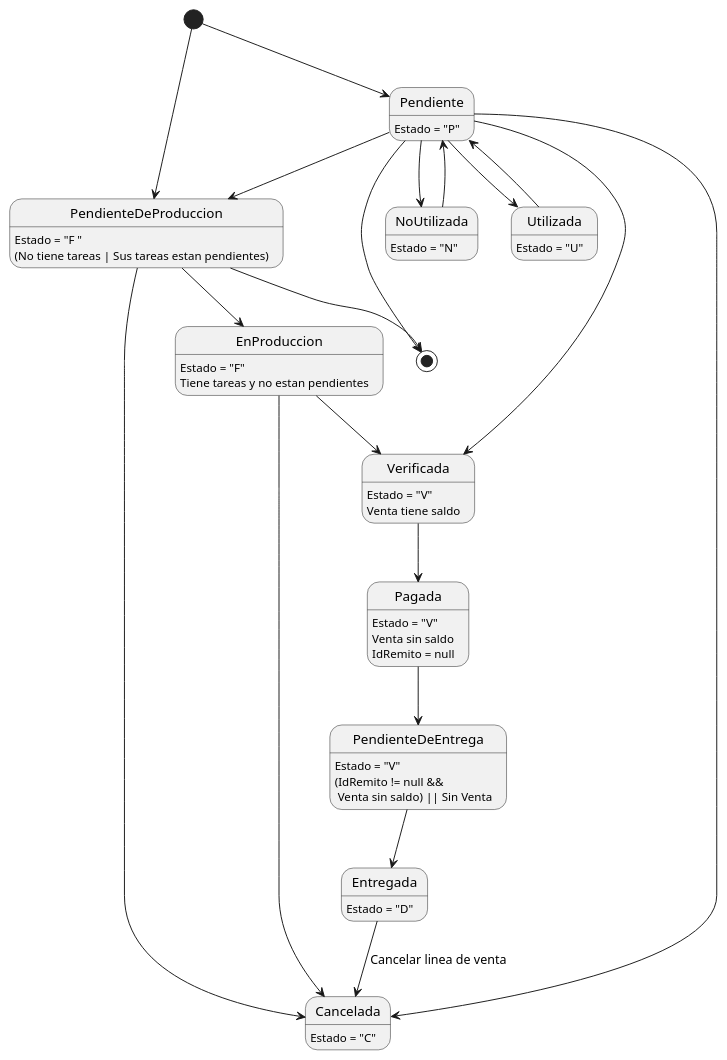
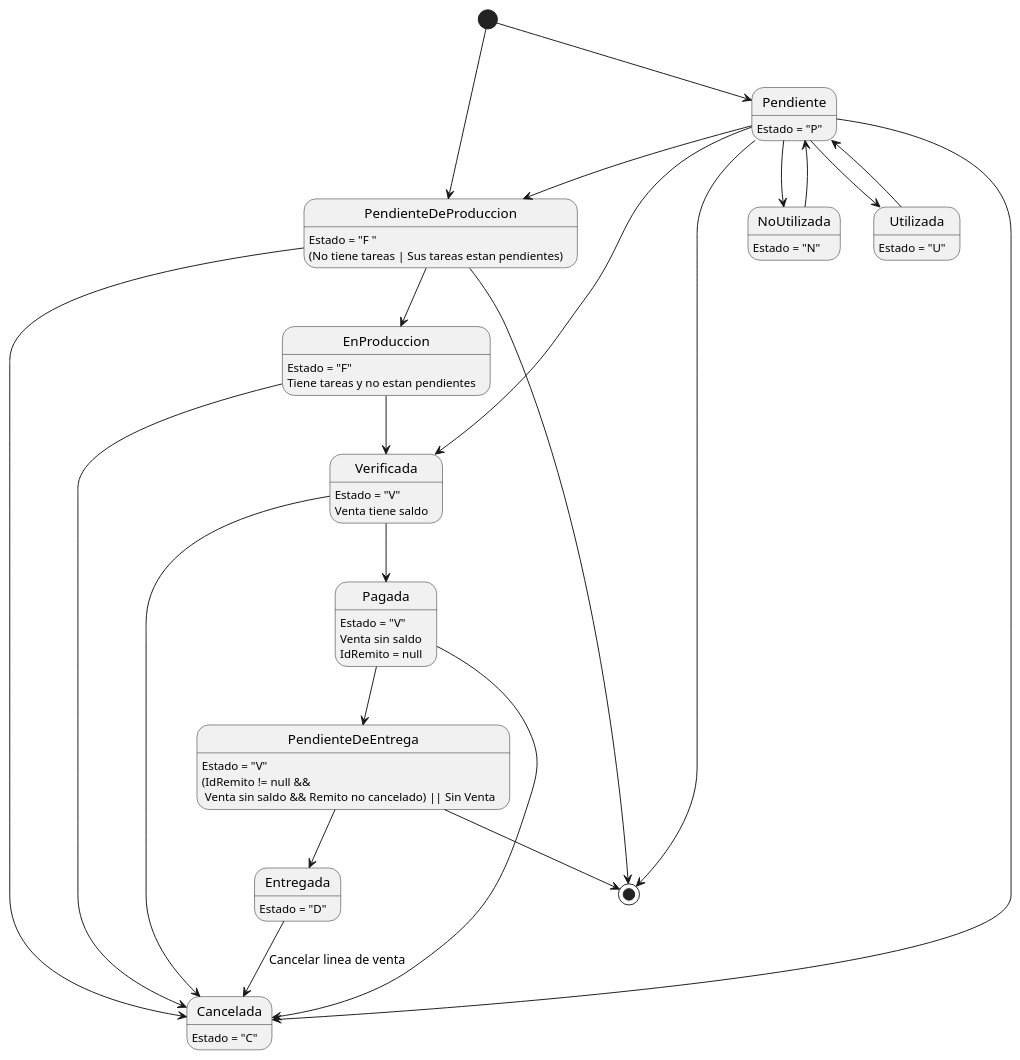
The third of 7 diagrams in DiagramasEstado/DiagramaDeEstado.puml (ZMGestion/DocumentacionZMGestion), drawn with PlantUML before and after one commit. The commit also changed other lines of this file and 48 other files, not shown here.

```diff
--- a/DiagramasEstado/DiagramaDeEstado.puml
+++ b/DiagramasEstado/DiagramaDeEstado.puml
@@ -37,43 +37,44 @@
 @startuml lineasProducto
 Pendiente: Estado = "P"
 Cancelada: Estado = "C"
 NoUtilizada: Estado = "N"
 Utilizada: Estado = "U"
 PendienteDeProduccion: Estado = "F "
 PendienteDeProduccion:(No tiene tareas | Sus tareas estan pendientes)
 EnProduccion: Estado = "F"
 EnProduccion: Tiene tareas y no estan pendientes
 Verificada: Estado = "V"
 Verificada: Venta tiene saldo
 Pagada: Estado = "V"
 Pagada: Venta sin saldo 
 Pagada: IdRemito = null
 PendienteDeEntrega: Estado = "V"
-PendienteDeEntrega: (IdRemito != null && \n Venta sin saldo) || Sin Venta 
+PendienteDeEntrega: (IdRemito != null && \n Venta sin saldo && Remito no cancelado) || Sin Venta 
 'Hicimos que estado = D para simplicidad en la busqueda.
 Entregada: Estado = "D" 
-
-
 
 top to bottom direction
 [*] --> Pendiente
 Pendiente --> [*]
 [*] --> PendienteDeProduccion
 PendienteDeProduccion --> [*]
 Pendiente --> Utilizada
 Utilizada --> Pendiente
 Pendiente --> NoUtilizada
 NoUtilizada --> Pendiente
 Pendiente --> Cancelada
 Pendiente --> PendienteDeProduccion
 Pendiente --> Verificada
 PendienteDeProduccion --> Cancelada
 PendienteDeProduccion --> EnProduccion
 EnProduccion --> Cancelada
+Verificada --> Cancelada
+Pagada --> Cancelada
 EnProduccion --> Verificada
 Verificada --> Pagada
 Pagada --> PendienteDeEntrega
 PendienteDeEntrega --> Entregada
+PendienteDeEntrega --> [*]
 Entregada --> Cancelada : Cancelar linea de venta
 
 @enduml
```
